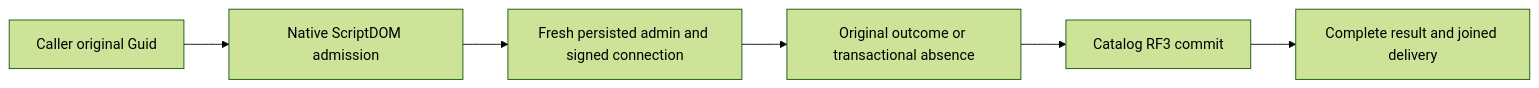
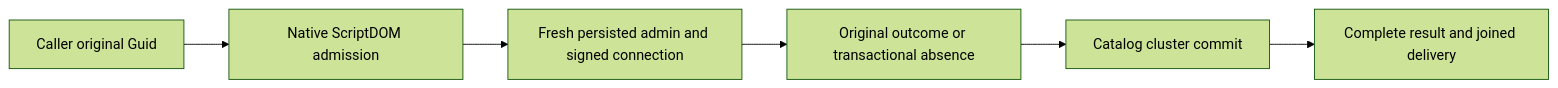
Before and after one commit to managedcode/KeyLoad: the diagram in docs/Features/RelationalStorage/CreateTable.md, drawn with Mermaid (forest theme). The commit also changed other lines of this file and 7356 other files, not shown here.

````diff
--- a/docs/Features/RelationalStorage/CreateTable.md
+++ b/docs/Features/RelationalStorage/CreateTable.md
@@ -15,8 +15,8 @@
 ```mermaid
 flowchart LR
  A[Caller original Guid] --> B[Native ScriptDOM admission]
  B --> C[Fresh persisted admin and signed connection]
  C --> D[Original outcome or transactional absence]
- D --> E[Catalog RF3 commit]
+ D --> E[Catalog cluster commit]
  E --> F[Complete result and joined delivery]
 ```
````
